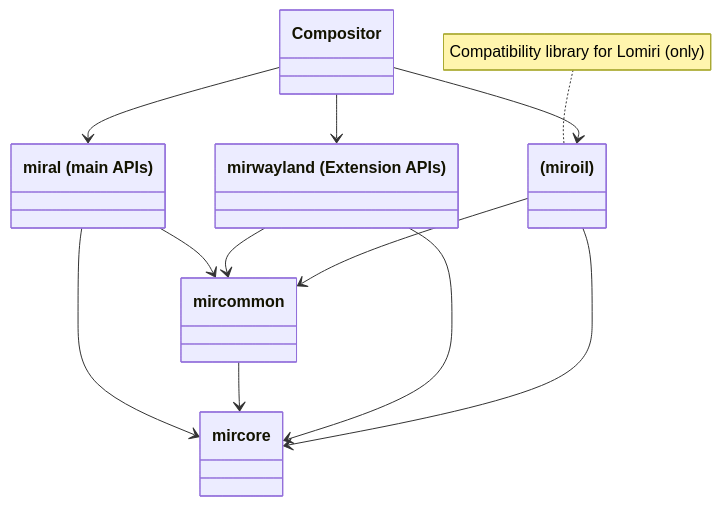
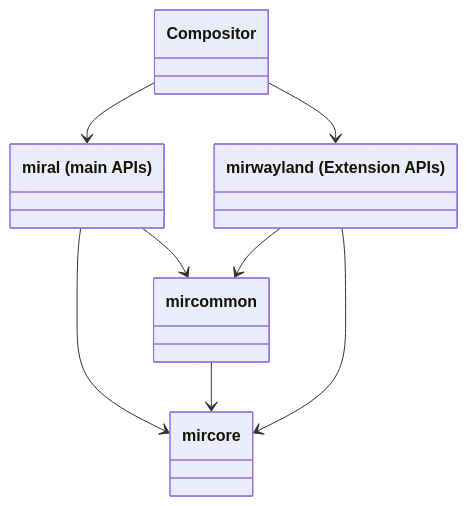
The diagram in doc/sphinx/explanation/consumer-libraries.mmd (canonical/mir), drawn with Mermaid before and after one commit. The commit also changed 1 other file, not shown here.

Commit message:
Keep quiet about miroil

```diff
--- a/doc/sphinx/explanation/consumer-libraries.mmd
+++ b/doc/sphinx/explanation/consumer-libraries.mmd
@@ -1,17 +1,12 @@
 classDiagram
     miral --> mircore
     mircommon --> mircore
     mirwayland --> mircore
-    miroil --> mircore
     miral -->mircommon
     mirwayland --> mircommon
-    miroil --> mircommon
 
     Compositor --> miral
     Compositor --> mirwayland
-    Compositor --> miroil
 
     class miral["miral (main APIs)"]
     class mirwayland["mirwayland (Extension APIs)"]
-    class miroil["(miroil)"]
-    note for miroil "Compatibility library for Lomiri (only)"
```
